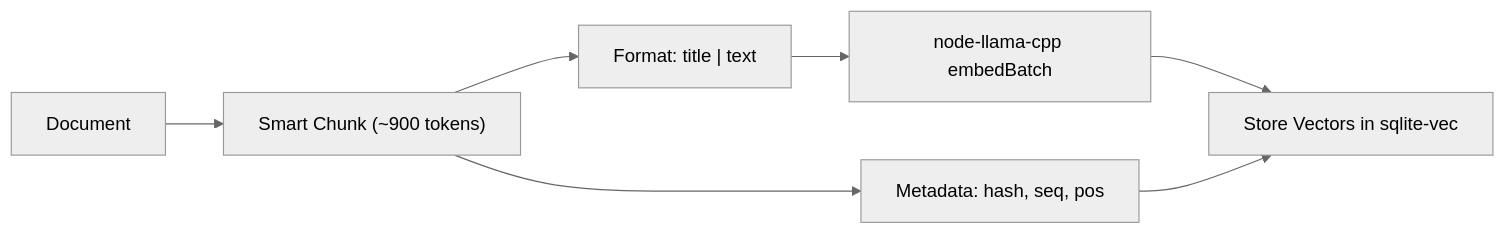
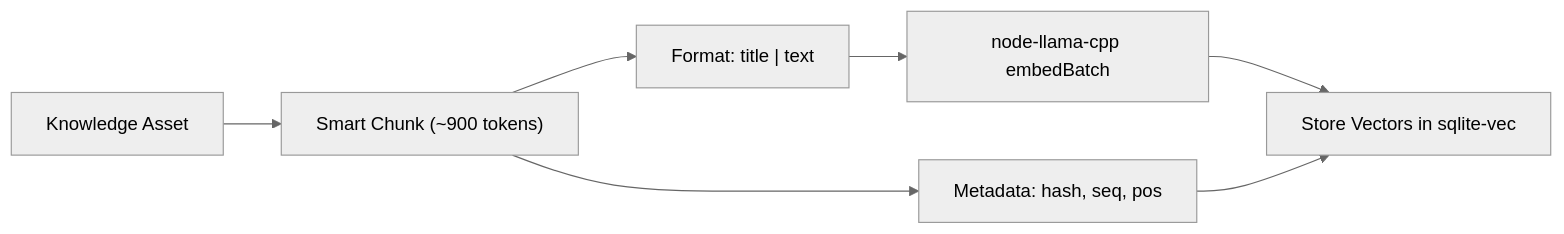
One commit to ambicuity/KINDX changed the fifth of 5 diagrams in README.md. Above: the diagram before and after it, drawn with Mermaid (neutral theme). The commit also changed other lines of this file and 2 other files, not shown here.

````diff
--- a/README.md
+++ b/README.md
@@ -530,9 +590,9 @@
 ```mermaid
 flowchart LR
-    DOC["Document"] --> CHUNK["Smart Chunk (~900 tokens)"]
+    DOC["Knowledge Asset"] --> CHUNK["Smart Chunk (~900 tokens)"]
     CHUNK --> FMT["Format: title | text"]
     FMT --> LLM["node-llama-cpp embedBatch"]
     LLM --> STORE["Store Vectors in sqlite-vec"]
     CHUNK --> META["Metadata: hash, seq, pos"]
     META --> STORE
 ```
````
